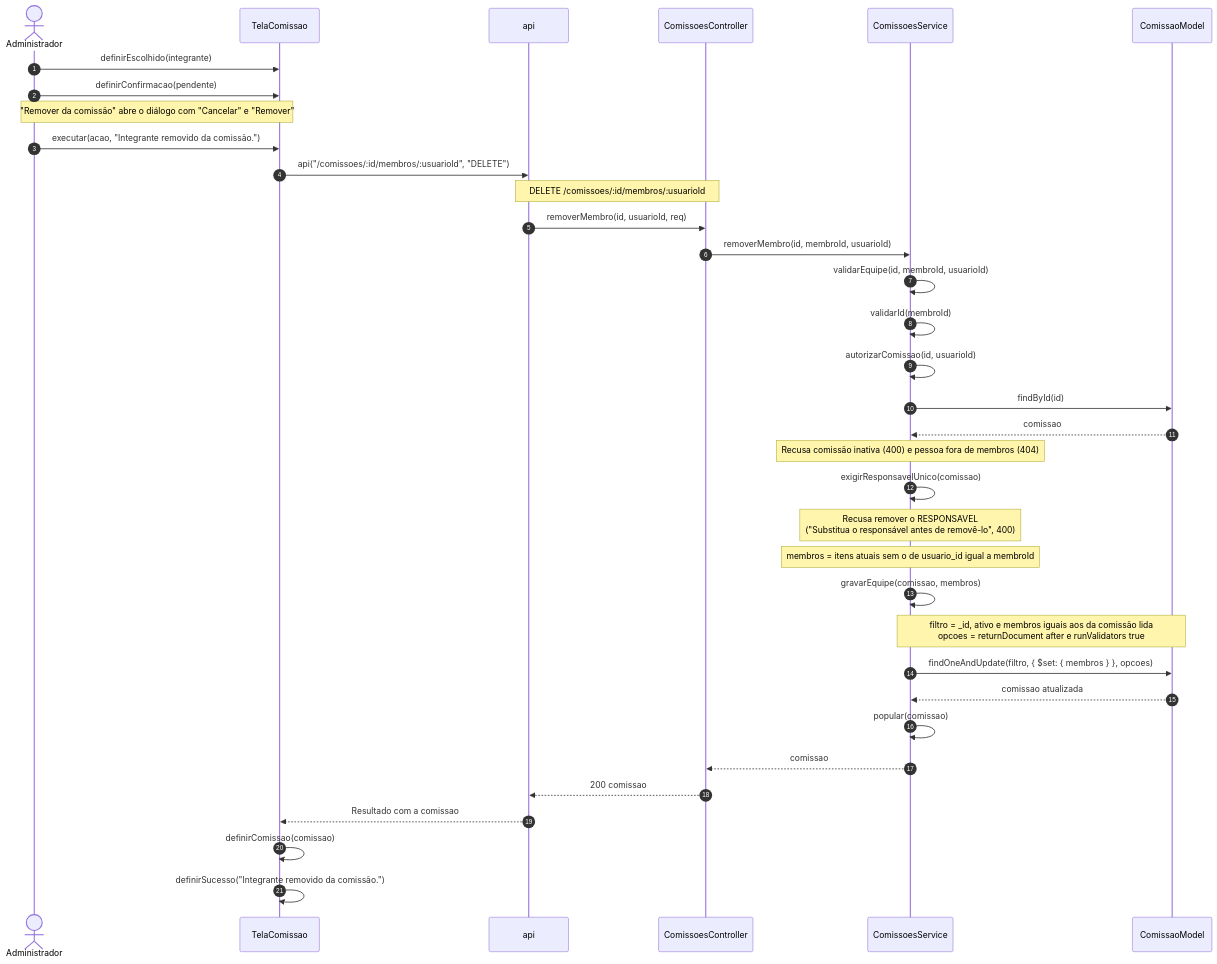
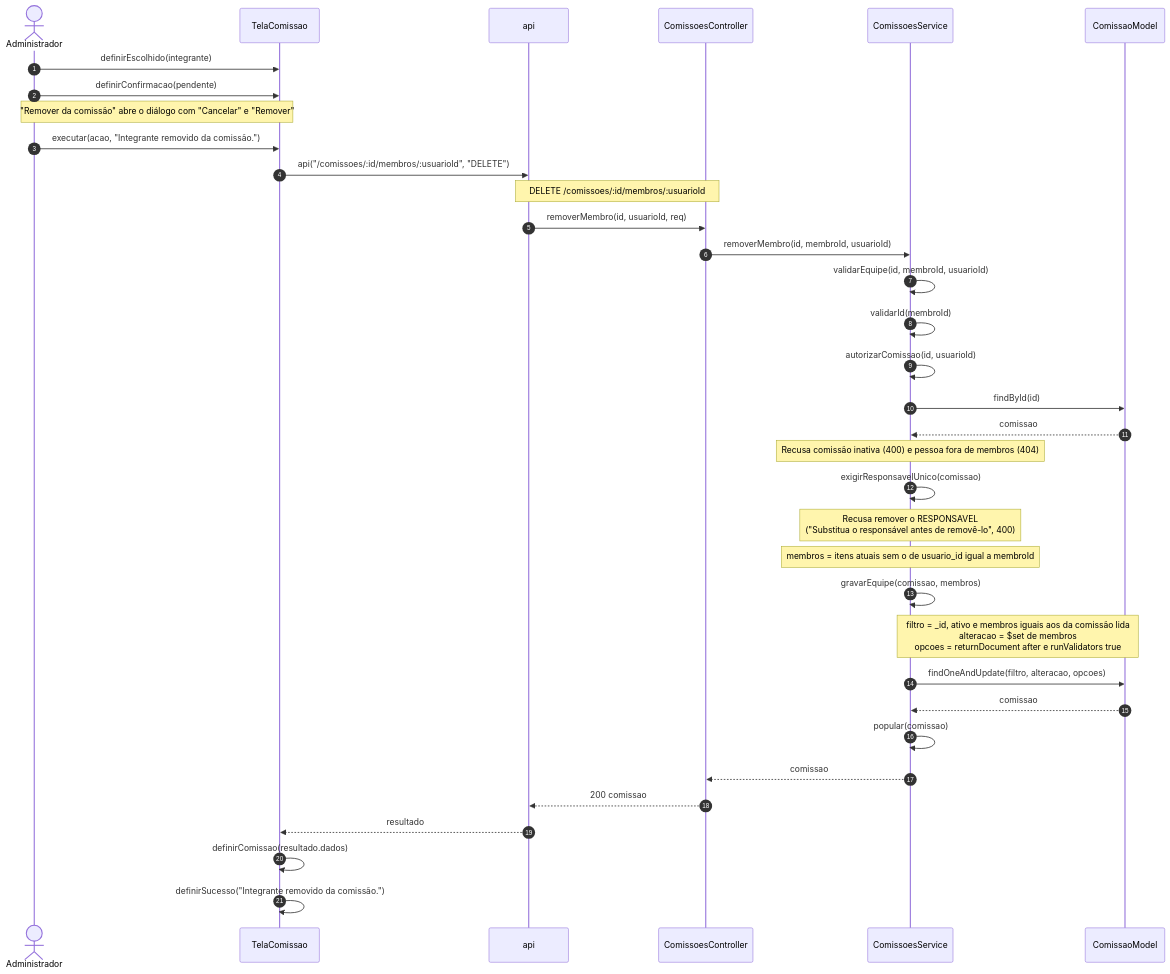
Before and after one commit to Conecta-IFSP/DOCUMENTATION: the ninth of 9 diagrams in 2 - Incremento 1/cadastro-comissao/6 - diagramas-sequencia-cadastro-comissao.md, drawn with Mermaid. The commit also changed other lines of this file and 97 other files, not shown here.

````diff
--- a/2 - Incremento 1/cadastro-comissao/6 - diagramas-sequencia-cadastro-comissao.md
+++ b/2 - Incremento 1/cadastro-comissao/6 - diagramas-sequencia-cadastro-comissao.md
@@ -411,37 +434,37 @@
 ```mermaid
 sequenceDiagram
     autonumber
     actor U as Administrador
     participant T as TelaComissao
     participant A as api
     participant C as ComissoesController
     participant S as ComissoesService
     participant M as ComissaoModel
     U->>T: definirEscolhido(integrante)
     U->>T: definirConfirmacao(pendente)
     Note over U,T: "Remover da comissão" abre o diálogo com "Cancelar" e "Remover"
     U->>T: executar(acao, "Integrante removido da comissão.")
     T->>A: api("/comissoes/:id/membros/:usuarioId", "DELETE")
     Note over A,C: DELETE /comissoes/:id/membros/:usuarioId
     A->>C: removerMembro(id, usuarioId, req)
     C->>S: removerMembro(id, membroId, usuarioId)
     S->>S: validarEquipe(id, membroId, usuarioId)
     S->>S: validarId(membroId)
     S->>S: autorizarComissao(id, usuarioId)
     S->>M: findById(id)
     M-->>S: comissao
     Note over S: Recusa comissão inativa (400) e pessoa fora de membros (404)
     S->>S: exigirResponsavelUnico(comissao)
     Note over S: Recusa remover o RESPONSAVEL<br/>("Substitua o responsável antes de removê-lo", 400)
     Note over S: membros = itens atuais sem o de usuario_id igual a membroId
     S->>S: gravarEquipe(comissao, membros)
-    Note over S,M: filtro = _id, ativo e membros iguais aos da comissão lida<br/>opcoes = returnDocument after e runValidators true
-    S->>M: findOneAndUpdate(filtro, { $set: { membros } }, opcoes)
-    M-->>S: comissao atualizada
+    Note over S,M: filtro = _id, ativo e membros iguais aos da comissão lida<br/>alteracao = $set de membros<br/>opcoes = returnDocument after e runValidators true
+    S->>M: findOneAndUpdate(filtro, alteracao, opcoes)
+    M-->>S: comissao
     S->>S: popular(comissao)
     S-->>C: comissao
     C-->>A: 200 comissao
-    A-->>T: Resultado com a comissao
-    T->>T: definirComissao(comissao)
+    A-->>T: resultado
+    T->>T: definirComissao(resultado.dados)
     T->>T: definirSucesso("Integrante removido da comissão.")
 ```
````
